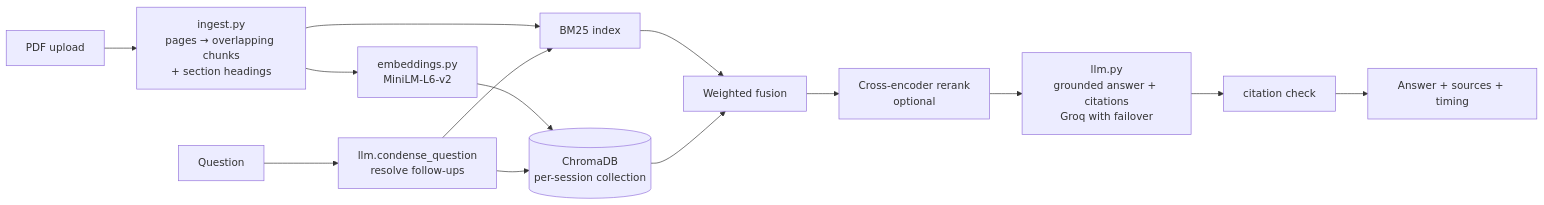
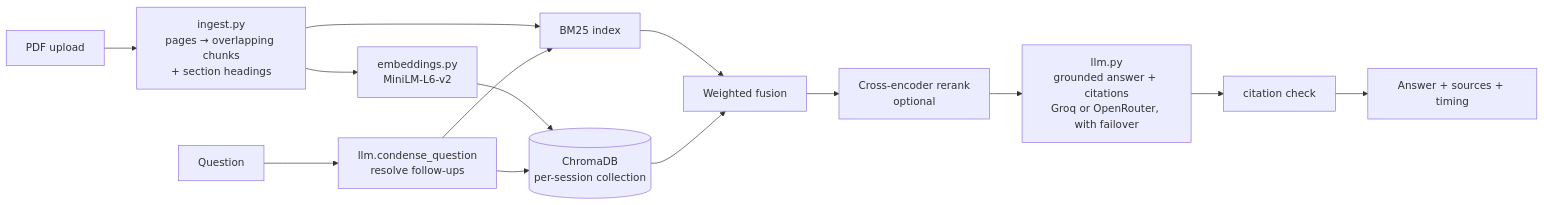
One commit to thakursamir0000-star/NovaBot changed the diagram in README.md. Above: the diagram before and after it, drawn with Mermaid. The commit also changed other lines of this file and 6 other files, not shown here.

First line of the commit message:
Add OpenRouter as an LLM provider next to Groq

````diff
--- a/README.md
+++ b/README.md
@@ -42,13 +42,13 @@
 ```mermaid
 flowchart LR
     PDF[PDF upload] --> I[ingest.py<br/>pages → overlapping chunks<br/>+ section headings]
     I --> B[BM25 index]
     I --> E[embeddings.py<br/>MiniLM-L6-v2] --> V[(ChromaDB<br/>per-session collection)]
     Q[Question] --> C[llm.condense_question<br/>resolve follow-ups]
     C --> B & V
     B --> F[Weighted fusion]
     V --> F
     F --> R[Cross-encoder rerank<br/>optional]
-    R --> G[llm.py<br/>grounded answer + citations<br/>Groq with failover]
+    R --> G[llm.py<br/>grounded answer + citations<br/>Groq or OpenRouter, with failover]
     G --> K[citation check] --> A[Answer + sources + timing]
 ```
````
